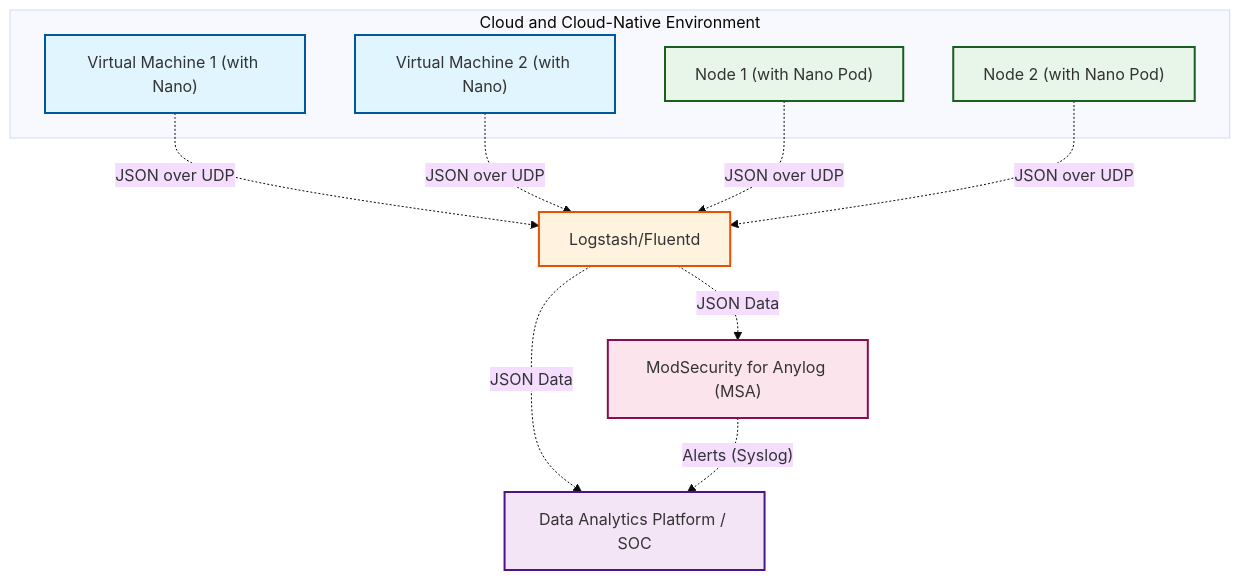
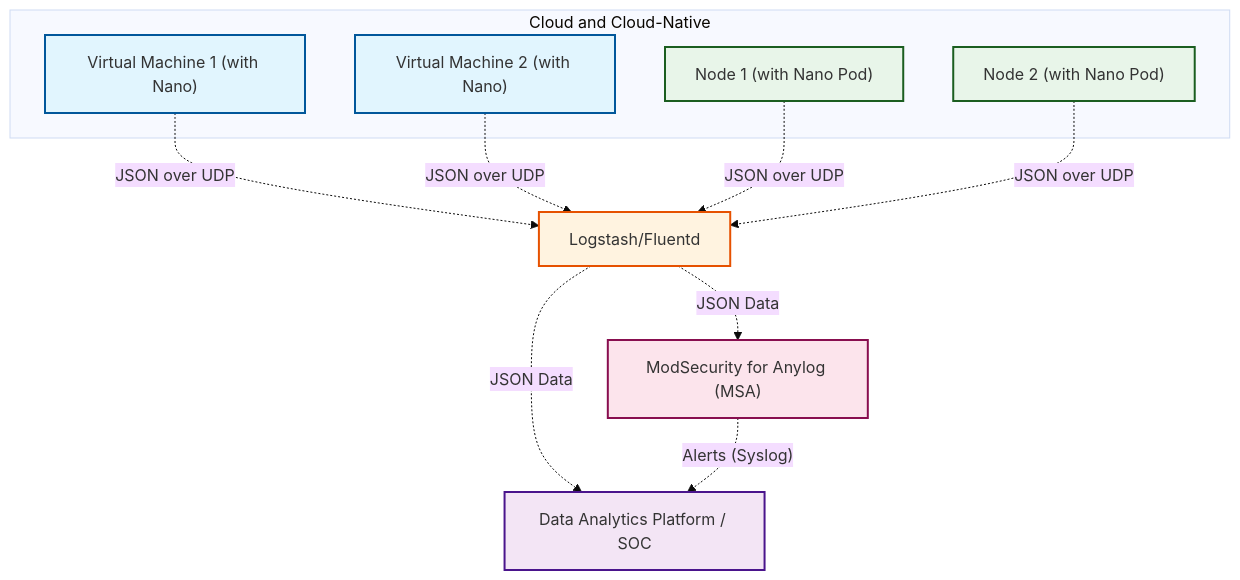
The diagram in README.md (Microflow-IO/modsecurity-for-anylog), drawn with Mermaid (base theme) before and after one commit.

````diff
--- a/README.md
+++ b/README.md
@@ -37,35 +37,35 @@
 ```mermaid  
 graph TB  
-    subgraph "Cloud and Cloud-Native Environment"  
+    subgraph "Cloud and Cloud-Native"  
         VM1["Virtual Machine 1 (with Nano)"]  
         VM2["Virtual Machine 2 (with Nano)"]  
         Node1["Node 1 (with Nano Pod)"]  
         Node2["Node 2 (with Nano Pod)"]  
     end  
 
     Middleware["Logstash/Fluentd"]  
     MSA["ModSecurity for Anylog (MSA)"]  
     AnalyticsPlatform["Data Analytics Platform / SOC"]  
 
     VM1 -.->|"JSON over UDP"| Middleware  
     VM2 -.->|"JSON over UDP"| Middleware  
     Node1 -.->|"JSON over UDP"| Middleware  
     Node2 -.->|"JSON over UDP"| Middleware  
 
     Middleware -.->|"JSON Data"| AnalyticsPlatform  
     Middleware -.->|"JSON Data"| MSA  
 
     MSA -.->|"Alerts (Syslog)"| AnalyticsPlatform  
 
     classDef vm fill:#e1f5fe,stroke:#01579b,stroke-width:2px;  
     classDef node fill:#e8f5e9,stroke:#1b5e20,stroke-width:2px;  
     classDef middleware fill:#fff3e0,stroke:#e65100,stroke-width:2px;  
     classDef msa fill:#fce4ec,stroke:#880e4f,stroke-width:2px;  
     classDef analytics fill:#f3e5f5,stroke:#4a148c,stroke-width:2px;  
 
     class VM1,VM2 vm;  
     class Node1,Node2 node;  
     class Middleware middleware;  
     class MSA msa;  
     class AnalyticsPlatform analytics;
 ```
````
